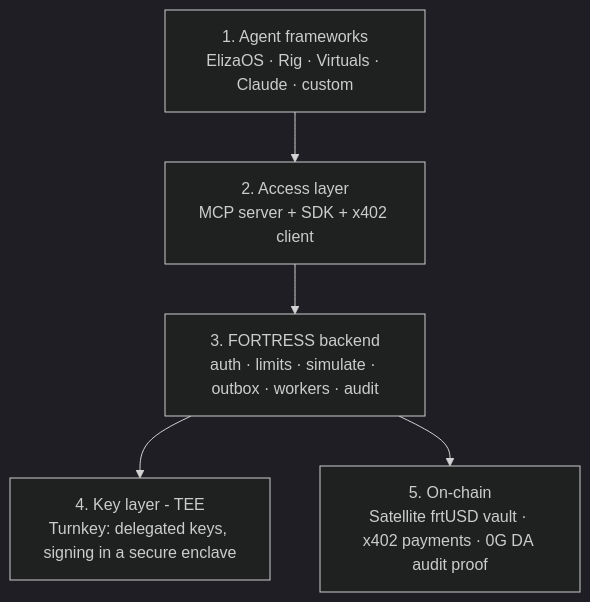
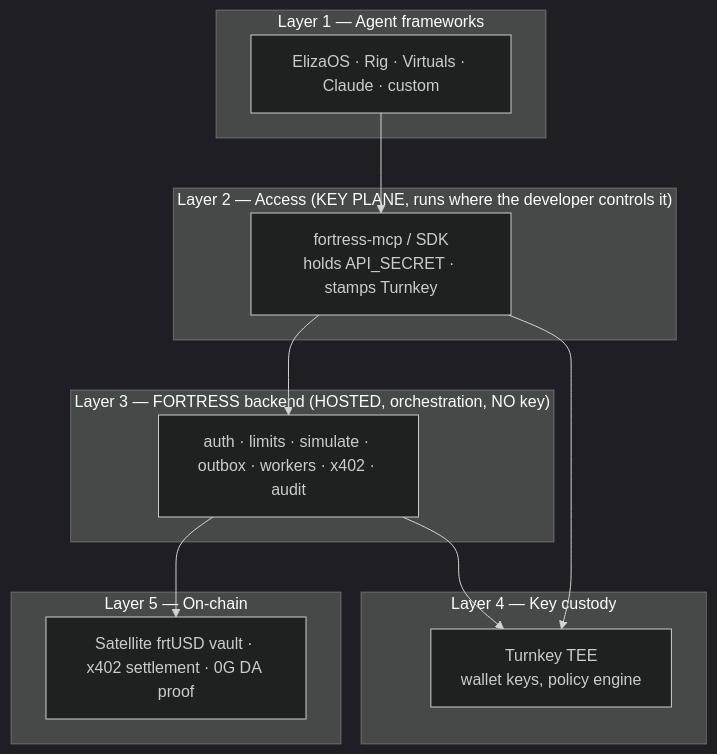
The first of 5 diagrams in README.md (itsme-boii/archetectures), drawn with Mermaid (dark theme) before and after one commit. The commit also changed other lines of this file, not shown here.

Commit message:
Institution-grade README v3: final Option-a architecture (delegated agent key, local MCP stamping, prepare/stamp/submit, policy-enforced limits)

````diff
--- a/README.md
+++ b/README.md
@@ -27,7 +30,22 @@
 ```mermaid
 graph TB
-    A[1. Agent frameworks<br/>ElizaOS · Rig · Virtuals · Claude · custom] --> B[2. Access layer<br/>MCP server + SDK + x402 client]
-    B --> C[3. FORTRESS backend<br/>auth · limits · simulate · outbox · workers · audit]
-    C --> D[4. Key layer - TEE<br/>Turnkey: delegated keys, signing in a secure enclave]
-    C --> E[5. On-chain<br/>Satellite frtUSD vault · x402 payments · 0G DA audit proof]
+    subgraph "Layer 1 — Agent frameworks"
+        FW[ElizaOS · Rig · Virtuals · Claude · custom]
+    end
+    subgraph "Layer 2 — Access (KEY PLANE, runs where the developer controls it)"
+        MCP[fortress-mcp / SDK<br/>holds API_SECRET · stamps Turnkey]
+    end
+    subgraph "Layer 3 — FORTRESS backend (HOSTED, orchestration, NO key)"
+        BE[auth · limits · simulate · outbox · workers · x402 · audit]
+    end
+    subgraph "Layer 4 — Key custody"
+        TK[Turnkey TEE<br/>wallet keys, policy engine]
+    end
+    subgraph "Layer 5 — On-chain"
+        SAT[Satellite frtUSD vault · x402 settlement · 0G DA proof]
+    end
+    FW --> MCP --> BE
+    MCP --> TK
+    BE --> TK
+    BE --> SAT
 ```
````
